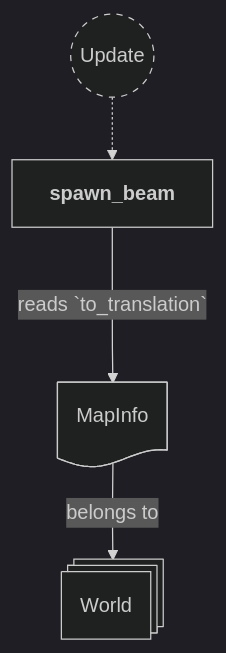
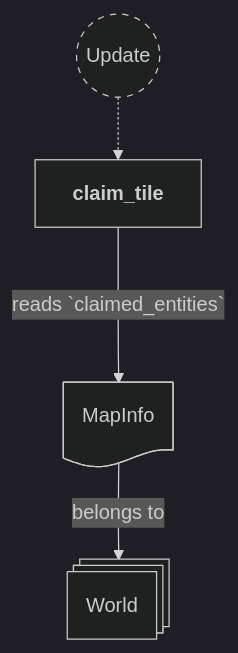
One commit to neurosoup/tyled changed the fifth of 11 diagrams in backlog/docs/doc-7 - 006-Beam-plugin.md. Above: the diagram before and after it, drawn with Mermaid. The commit also changed other lines of this file and 11 other files, not shown here.

````diff
--- a/backlog/docs/doc-7 - 006-Beam-plugin.md
+++ b/backlog/docs/doc-7 - 006-Beam-plugin.md
@@ -114,21 +185,21 @@
 ```mermaid
 ---
 config:
   theme: dark
 ---
 
 flowchart TD
 classDef system-group stroke-dasharray: 5 5
 
 update(("`Update`")):::system-group
-spawn_beam["`**spawn_beam**`"]
+claim_tile["`**claim_tile**`"]
 
-update -.-> spawn_beam
+update -.-> claim_tile
 
 world@{ shape: st-rect, label: "World" }
 map_info_res@{ shape: doc, label: "MapInfo" }
 
 map_info_res --> |belongs to| world
 
-spawn_beam ---> |reads `to_translation`| map_info_res
+claim_tile ---> |reads `claimed_entities`| map_info_res
 ```
````
